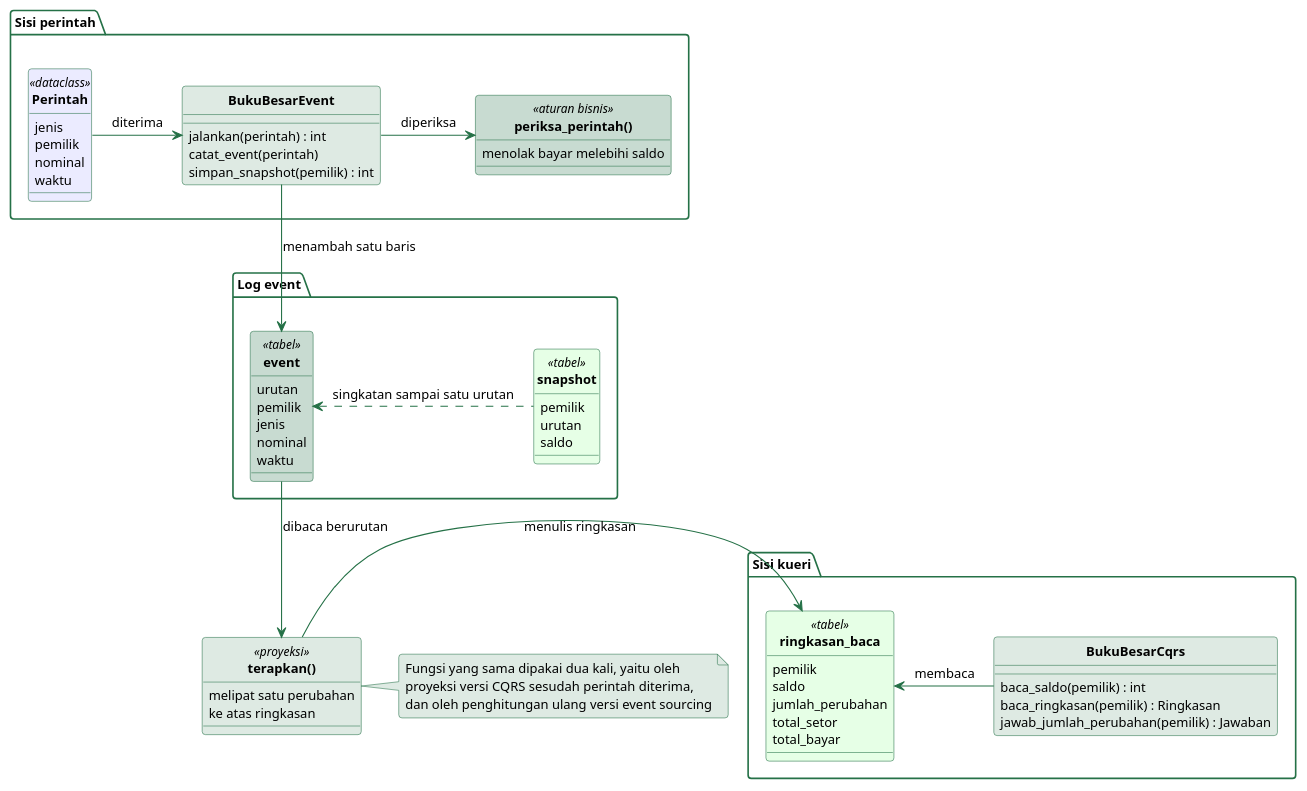
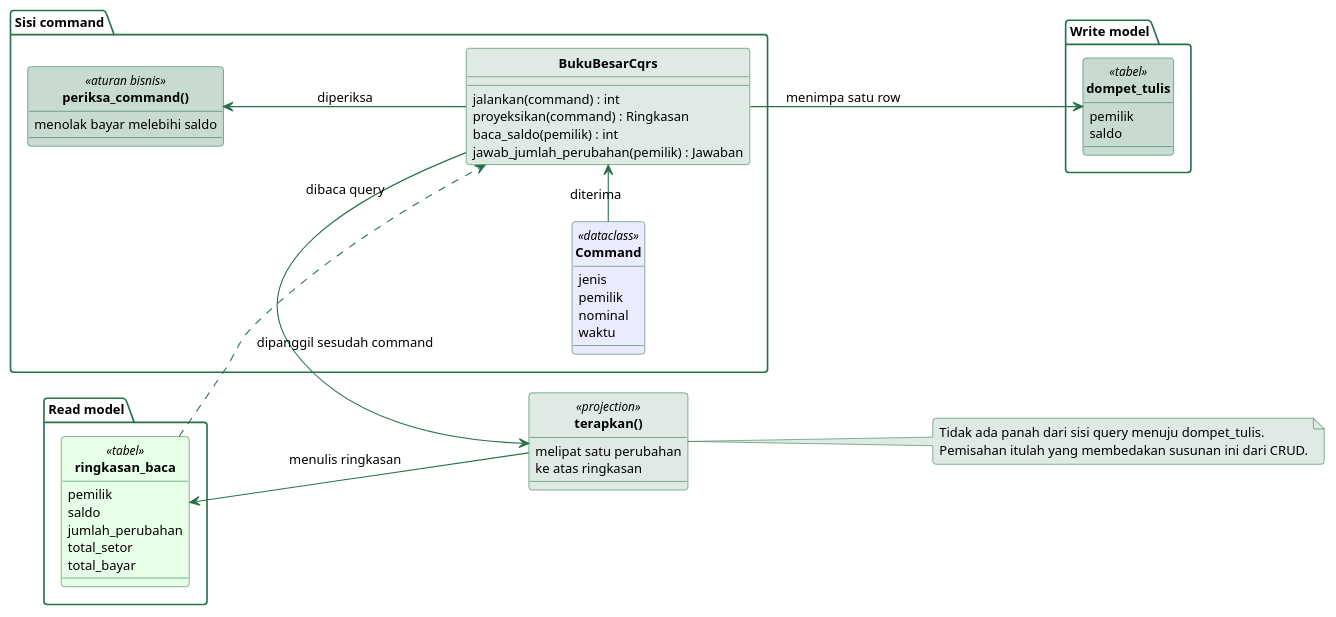
Before and after one commit to alfa-yohannis/software-architecture: the diagram in sources/chapter10/diagram/kelas-cqrs.puml, drawn with PlantUML. The commit also changed other lines of this file and 28 other files, not shown here.

```diff
--- a/sources/chapter10/diagram/kelas-cqrs.puml
+++ b/sources/chapter10/diagram/kelas-cqrs.puml
@@ -21,100 +20,77 @@
 @startuml
 skinparam backgroundColor transparent
 skinparam defaultFontName Titillium Web
 skinparam defaultFontSize 13
 skinparam shadowing false
 skinparam roundCorner 6
 skinparam classAttributeIconSize 0
 skinparam classFontStyle bold
 skinparam ArrowColor #257147
 skinparam ArrowFontSize 12
 skinparam class {
   BorderColor #257147
   BackgroundColor #EBEBFF
   FontColor black
   AttributeFontSize 12
   StereotypeFontSize 11
 }
 skinparam package {
   BorderColor #257147
   BackgroundColor transparent
   FontColor black
   FontSize 12
 }
 skinparam note {
   BackgroundColor #DEEAE3
   BorderColor #257147
   FontSize 12
 }
 hide circle
-
-package "Sisi perintah" {
-  class Perintah <<dataclass>> {
+left to right direction
+package "Sisi command" {
+  class Command <<dataclass>> {
     jenis
     pemilik
     nominal
     waktu
   }
-
-  class BukuBesarEvent #DEEAE3 {
-    jalankan(perintah) : int
-    catat_event(perintah)
-    simpan_snapshot(pemilik) : int
+  class BukuBesarCqrs #DEEAE3 {
+    jalankan(command) : int
+    proyeksikan(command) : Ringkasan
+    baca_saldo(pemilik) : int
+    jawab_jumlah_perubahan(pemilik) : Jawaban
   }
-
-  class "periksa_perintah()" as Aturan <<aturan bisnis>> #C8DBD1 {
+  class "periksa_command()" as Aturan <<aturan bisnis>> #C8DBD1 {
     menolak bayar melebihi saldo
   }
 }
-
-package "Log event" {
-  class event <<tabel>> #C8DBD1 {
-    urutan
+package "Write model" {
+  class dompet_tulis <<tabel>> #C8DBD1 {
     pemilik
-    jenis
-    nominal
-    waktu
-  }
-
-  class snapshot <<tabel>> #E6FFE6 {
-    pemilik
-    urutan
     saldo
   }
 }
-
-class "terapkan()" as Proyeksi <<proyeksi>> #DEEAE3 {
+class "terapkan()" as Projection <<projection>> #DEEAE3 {
   melipat satu perubahan
   ke atas ringkasan
 }
-
-package "Sisi kueri" {
-  class BukuBesarCqrs #DEEAE3 {
-    baca_saldo(pemilik) : int
-    baca_ringkasan(pemilik) : Ringkasan
-    jawab_jumlah_perubahan(pemilik) : Jawaban
-  }
-
+package "Read model" {
   class ringkasan_baca <<tabel>> #E6FFE6 {
     pemilik
     saldo
     jumlah_perubahan
     total_setor
     total_bayar
   }
 }
-
-Perintah -right-> BukuBesarEvent : diterima
-BukuBesarEvent -right-> Aturan : diperiksa
-BukuBesarEvent -down-> event : menambah satu baris
-snapshot .left.> event : singkatan sampai satu urutan
-event -down-> Proyeksi : dibaca berurutan
-Proyeksi -right-> ringkasan_baca : menulis ringkasan
-ringkasan_baca <-right- BukuBesarCqrs : membaca
-
-note right of Proyeksi
-  Fungsi yang sama dipakai dua kali, yaitu oleh
-  proyeksi versi CQRS sesudah perintah diterima,
-  dan oleh penghitungan ulang versi event sourcing
+Command -right-> BukuBesarCqrs : diterima
+BukuBesarCqrs -up-> Aturan : diperiksa
+BukuBesarCqrs -down-> dompet_tulis : menimpa satu row
+BukuBesarCqrs -right-> Projection : dipanggil sesudah command
+Projection -right-> ringkasan_baca : menulis ringkasan
+ringkasan_baca ..> BukuBesarCqrs : dibaca query
+note right of Projection
+  Tidak ada panah dari sisi query menuju dompet_tulis.
+  Pemisahan itulah yang membedakan susunan ini dari CRUD.
 end note
 @enduml
```
